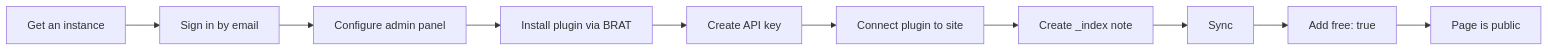
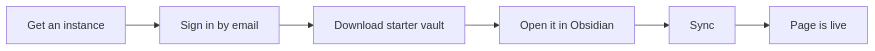
Before and after one commit to trip2g/trip2g: the diagram in docs/en/user/getting-started.md, drawn with Mermaid. The commit also changed other lines of this file and 1 other file, not shown here.

Commit message:
docs(getting-started): lead with preconfigured starter-vault path

````diff
--- a/docs/en/user/getting-started.md
+++ b/docs/en/user/getting-started.md
@@ -12,12 +12,8 @@
 ```mermaid
 flowchart LR
     A[Get an instance] --> B[Sign in by email]
-    B --> C[Configure admin panel]
-    C --> D[Install plugin via BRAT]
-    D --> E[Create API key]
-    E --> F[Connect plugin to site]
-    F --> G[Create _index note]
-    G --> H[Sync]
-    H --> I[Add free: true]
-    I --> J[Page is public]
+    B --> C[Download starter vault]
+    C --> D[Open it in Obsidian]
+    D --> E[Sync]
+    E --> F[Page is live]
 ```
````
